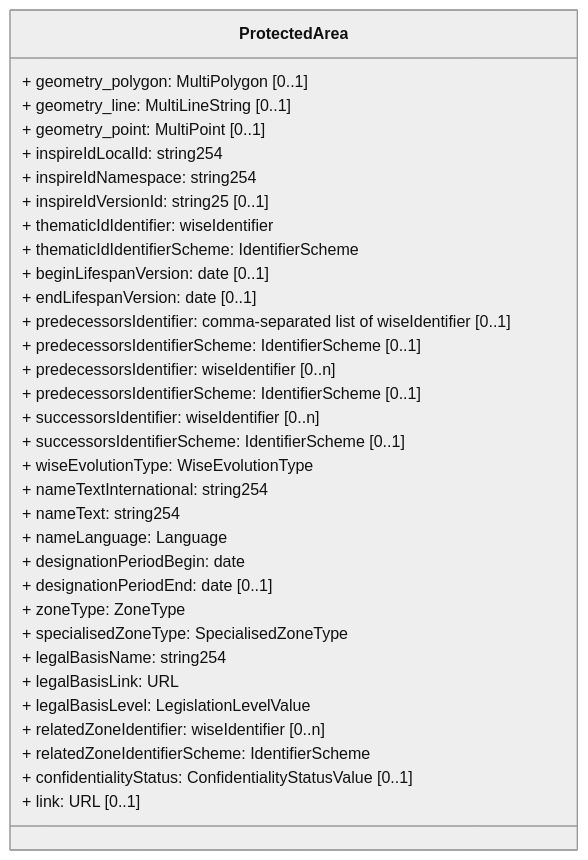
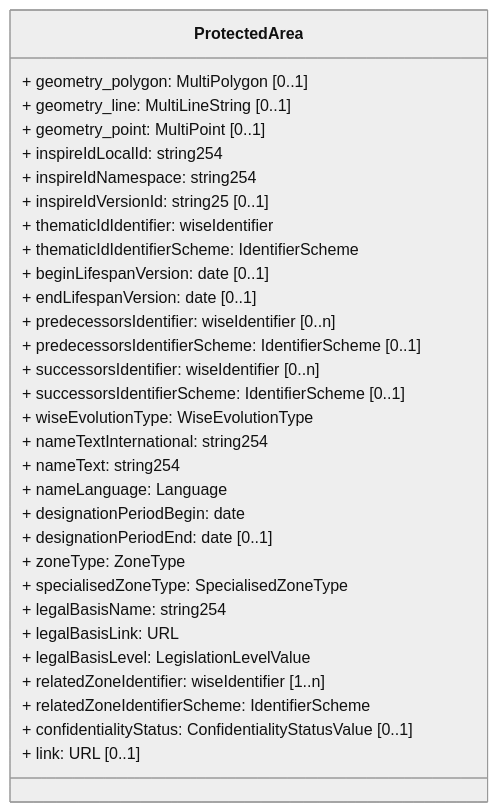
Before and after one commit to eeadata/WISE.WFD.Documentation: the diagram in docs/DataModelReview/mmd/Spatial_4thCycle_ProtectedArea_ClassDiagram.mmd, drawn with Mermaid.

Commit message:
Update Spatial_4thCycle_ProtectedArea_ClassDiagram.mmd
Removal of duplicate attributes. Correction of the multiplicity of related zone attributes.

```diff
--- a/docs/DataModelReview/mmd/Spatial_4thCycle_ProtectedArea_ClassDiagram.mmd
+++ b/docs/DataModelReview/mmd/Spatial_4thCycle_ProtectedArea_ClassDiagram.mmd
@@ -1,43 +1,41 @@
 ---
 config:
   class:
     hideEmptyMembersBox: true
   layout: dagre
   theme: neutral
 ---
  
 classDiagram
 direction LR
 class ProtectedArea {
   + geometry_polygon: MultiPolygon [0..1]
   + geometry_line: MultiLineString [0..1]
   + geometry_point: MultiPoint [0..1]
   + inspireIdLocalId: string254
   + inspireIdNamespace: string254
   + inspireIdVersionId: string25 [0..1]
   + thematicIdIdentifier: wiseIdentifier
   + thematicIdIdentifierScheme: IdentifierScheme
   + beginLifespanVersion: date [0..1]
   + endLifespanVersion: date [0..1]
-    + predecessorsIdentifier: comma-separated list of wiseIdentifier [0..1]
-    + predecessorsIdentifierScheme: IdentifierScheme [0..1]
   + predecessorsIdentifier: wiseIdentifier [0..n]
   + predecessorsIdentifierScheme: IdentifierScheme [0..1]
   + successorsIdentifier: wiseIdentifier [0..n]
   + successorsIdentifierScheme: IdentifierScheme [0..1]
   + wiseEvolutionType: WiseEvolutionType
   + nameTextInternational: string254
   + nameText: string254
   + nameLanguage: Language
   + designationPeriodBegin: date
   + designationPeriodEnd: date [0..1]
   + zoneType: ZoneType
   + specialisedZoneType: SpecialisedZoneType
-  + legalBasisName: string254
-  + legalBasisLink: URL
-  + legalBasisLevel: LegislationLevelValue
-  + relatedZoneIdentifier: wiseIdentifier [0..n]
+  + legalBasisName: string254 
+  + legalBasisLink: URL 
+  + legalBasisLevel: LegislationLevelValue 
+  + relatedZoneIdentifier: wiseIdentifier [1..n]
   + relatedZoneIdentifierScheme: IdentifierScheme
   + confidentialityStatus: ConfidentialityStatusValue [0..1]
   + link: URL [0..1]
 }
```
